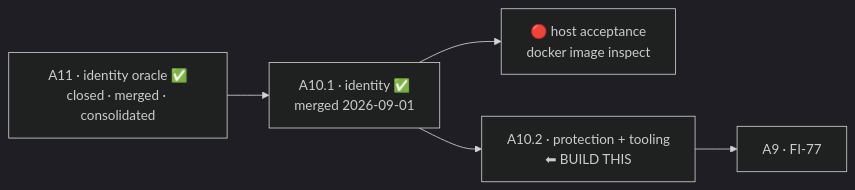
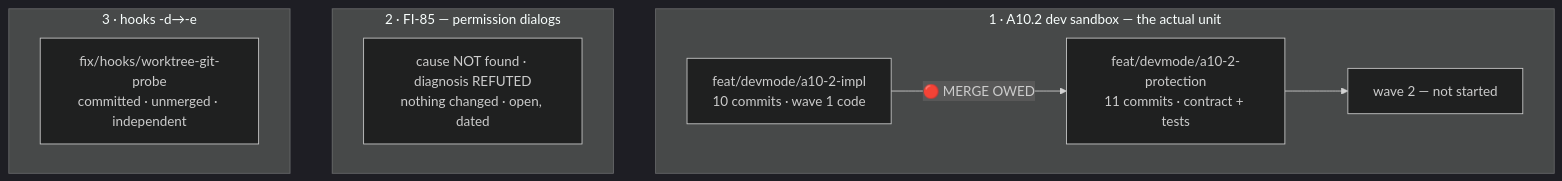
Before and after one commit to alergyonthestage/claude-orchestrator: the diagram in docs/maintainers/handoff.md, drawn with Mermaid (dark theme). The commit also changed other lines of this file and 1 other file, not shown here.

````diff
--- a/docs/maintainers/handoff.md
+++ b/docs/maintainers/handoff.md
@@ -16,7 +17,13 @@
 ```mermaid
-flowchart LR
-    A11["A11 · identity oracle ✅<br/>closed · merged · consolidated"] --> A101["A10.1 · identity ✅<br/>merged 2026-09-01"]
-    A101 --> ACC["🔴 host acceptance<br/>docker image inspect"]
-    A101 --> A102["A10.2 · protection + tooling<br/>⬅ BUILD THIS"]
-    A102 --> A9["A9 · FI-77"]
+flowchart TB
+    subgraph L1["1 · A10.2 dev sandbox — the actual unit"]
+      I["feat/devmode/a10-2-impl<br/>10 commits · wave 1 code"] -->|"🔴 MERGE OWED"| U["feat/devmode/a10-2-protection<br/>11 commits · contract + tests"]
+      U --> W2["wave 2 — not started"]
+    end
+    subgraph L2["2 · FI-85 — permission dialogs"]
+      F["cause NOT found · diagnosis REFUTED<br/>nothing changed · open, dated"]
+    end
+    subgraph L3["3 · hooks -d→-e"]
+      H["fix/hooks/worktree-git-probe<br/>committed · unmerged · independent"]
+    end
 ```
````
